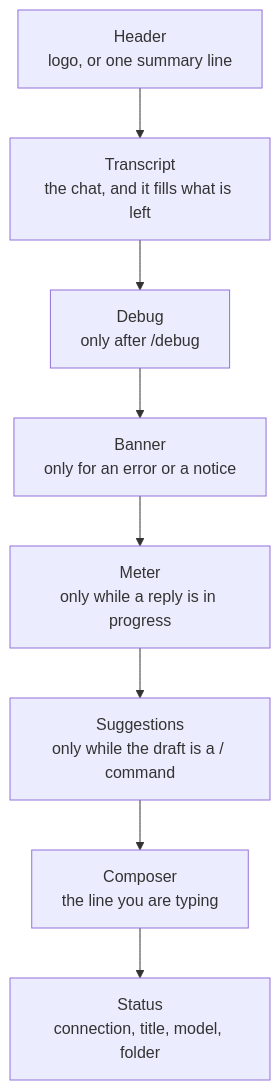
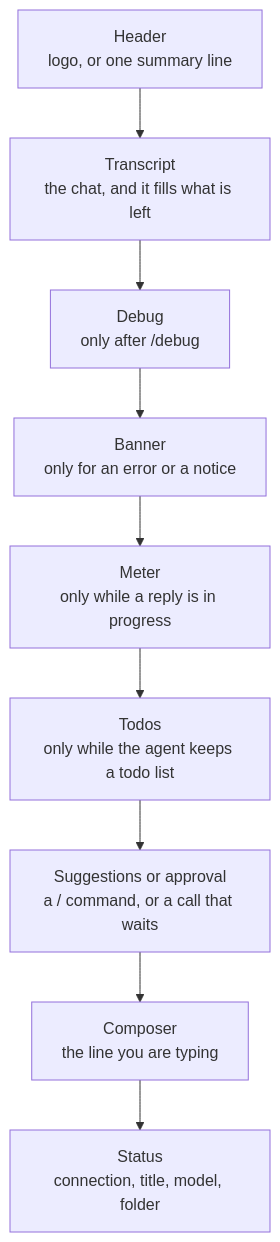
One commit to MilanPavel/golem changed the seventh of 8 diagrams in docs/architecture.md. Above: the diagram before and after it, drawn with Mermaid. The commit also changed other lines of this file and 14 other files, not shown here.

Commit message:
TUI - todo band above the composer, and /todos.

````diff
--- a/docs/architecture.md
+++ b/docs/architecture.md
@@ -427,12 +428,13 @@
 ```mermaid
 flowchart TB
   header["Header<br>logo, or one summary line"]
   body["Transcript<br>the chat, and it fills what is left"]
   debug["Debug<br>only after /debug"]
   banner["Banner<br>only for an error or a notice"]
   meter["Meter<br>only while a reply is in progress"]
-  suggestions["Suggestions<br>only while the draft is a / command"]
+  todos["Todos<br>only while the agent keeps a todo list"]
+  suggestions["Suggestions or approval<br>a / command, or a call that waits"]
   composer["Composer<br>the line you are typing"]
   status["Status<br>connection, title, model, folder"]
-  header --> body --> debug --> banner --> meter --> suggestions --> composer --> status
+  header --> body --> debug --> banner --> meter --> todos --> suggestions --> composer --> status
 ```
````
